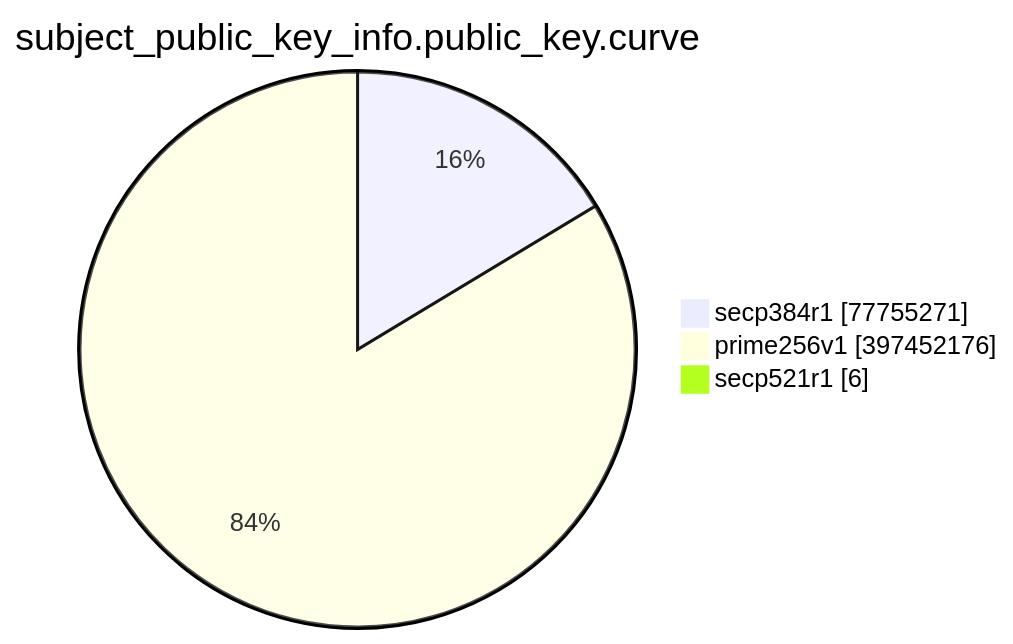
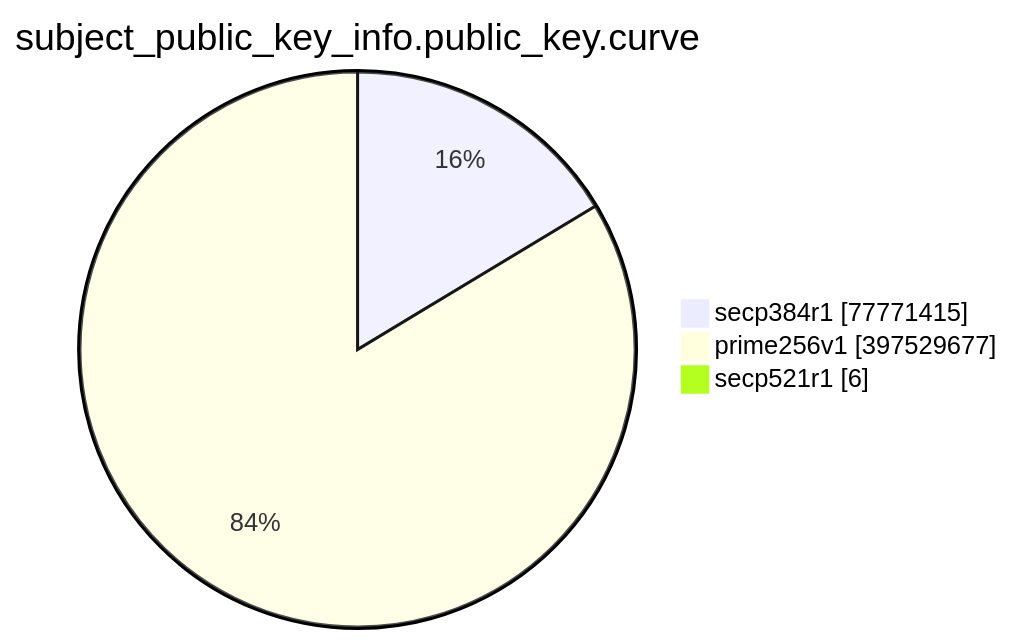
Before and after one commit to christiankrug/ctmonitor_visualization: the eighth of 15 diagrams in TOTAL/README.md, drawn with Mermaid. The commit also changed other lines of this file, not shown here.

````diff
--- a/TOTAL/README.md
+++ b/TOTAL/README.md
@@ -3095,7 +3095,7 @@
 ```mermaid
 pie showData
 title subject_public_key_info.public_key.curve
-"secp384r1" :77755271
-"prime256v1" :397452176
+"secp384r1" :77771415
+"prime256v1" :397529677
 "secp521r1" :6
 ```
````
